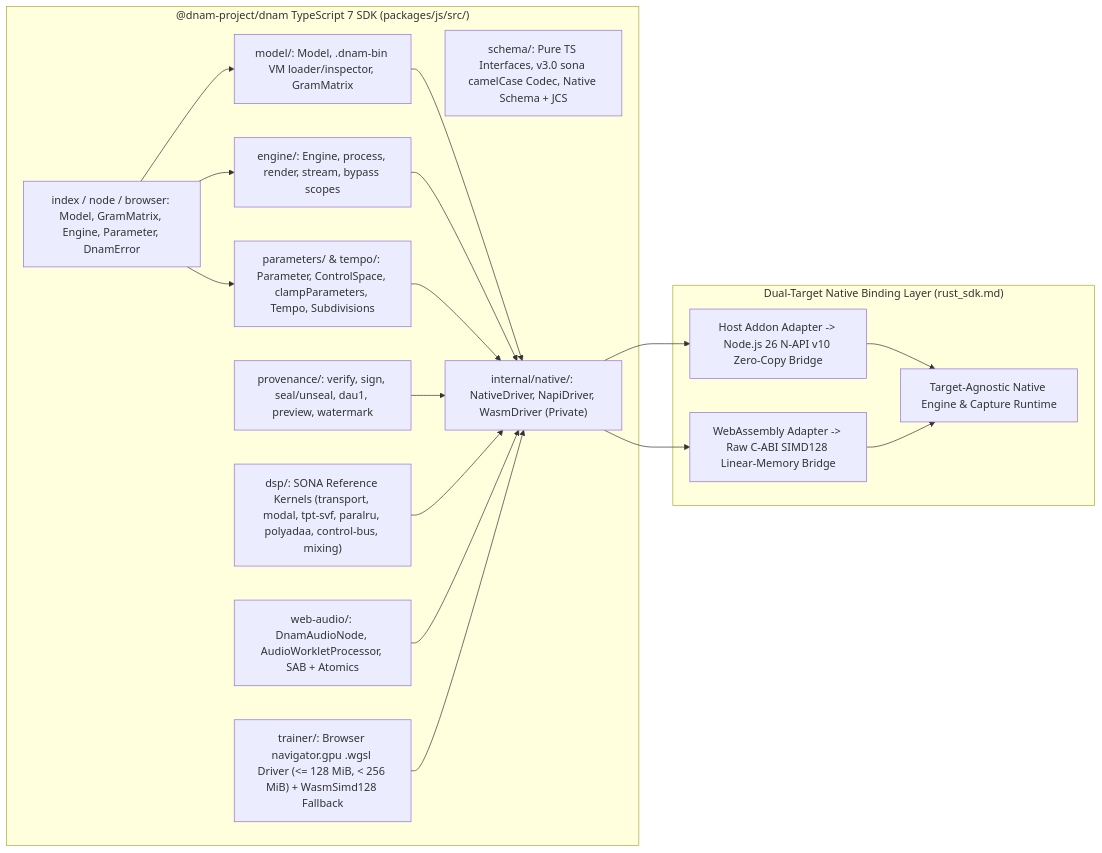
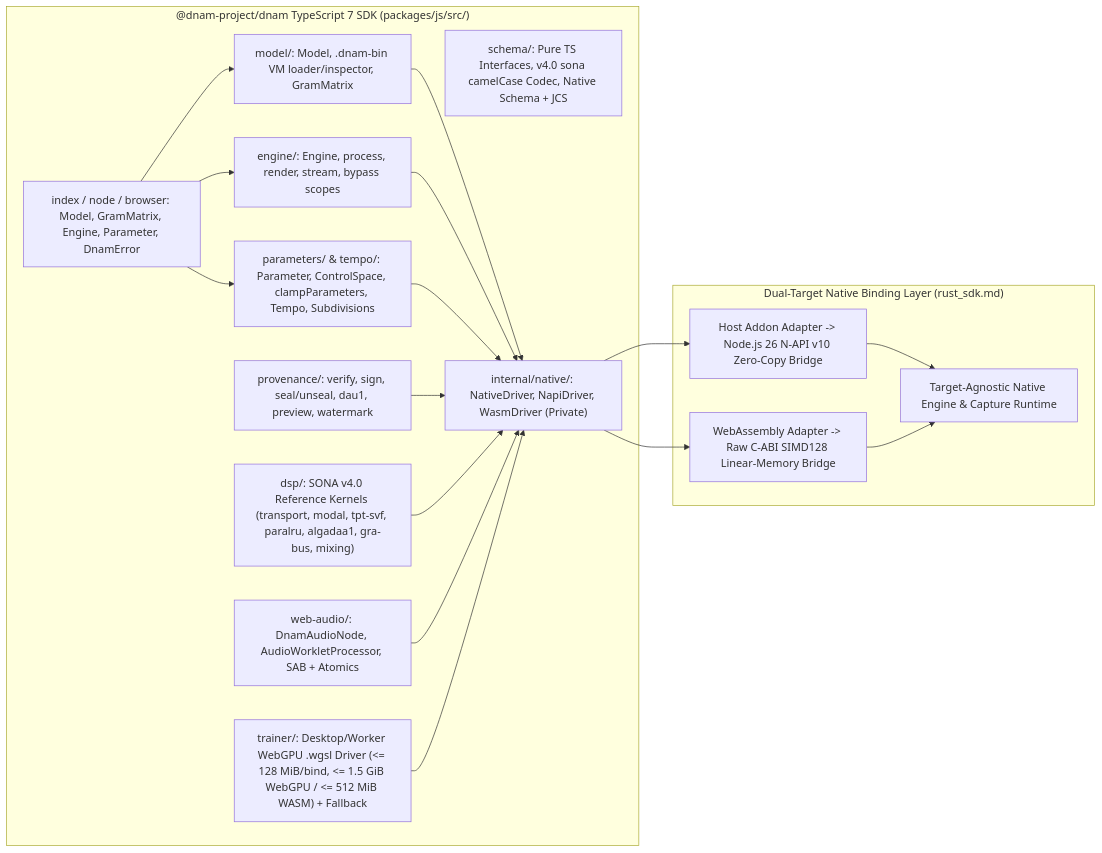
The diagram in docs/specs/sdks/typescript_sdk.md (mokugen/dnam), drawn with Mermaid before and after one commit. The commit also changed other lines of this file and 16 other files, not shown here.

````diff
--- a/docs/specs/sdks/typescript_sdk.md
+++ b/docs/specs/sdks/typescript_sdk.md
@@ -49,26 +52,26 @@
 ```mermaid
 flowchart LR
     subgraph TsSDK ["@dnam-project/dnam TypeScript 7 SDK (packages/js/src/)"]
         Top["index / node / browser: Model, GramMatrix, Engine, Parameter, DnamError"]
         Mod["model/: Model, .dnam-bin VM loader/inspector, GramMatrix"]
         Eng["engine/: Engine, process, render, stream, bypass scopes"]
         Par["parameters/ & tempo/: Parameter, ControlSpace, clampParameters, Tempo, Subdivisions"]
-        Sch["schema/: Pure TS Interfaces, v3.0 sona camelCase Codec, Native Schema + JCS"]
+        Sch["schema/: Pure TS Interfaces, v4.0 sona camelCase Codec, Native Schema + JCS"]
         Prov["provenance/: verify, sign, seal/unseal, dau1, preview, watermark"]
-        Dsp["dsp/: SONA Reference Kernels (transport, modal, tpt-svf, paralru, polyadaa, control-bus, mixing)"]
+        Dsp["dsp/: SONA v4.0 Reference Kernels (transport, modal, tpt-svf, paralru, algadaa1, gra-bus, mixing)"]
         Web["web-audio/: DnamAudioNode, AudioWorkletProcessor, SAB + Atomics"]
-        Gpu["trainer/: Browser navigator.gpu .wgsl Driver (<= 128 MiB, < 256 MiB) + WasmSimd128 Fallback"]
+        Gpu["trainer/: Desktop/Worker WebGPU .wgsl Driver (<= 128 MiB/bind, <= 1.5 GiB WebGPU / <= 512 MiB WASM) + Fallback"]
         Int["internal/native/: NativeDriver, NapiDriver, WasmDriver (Private)"]
     end
 
     subgraph NativeRuntime ["Dual-Target Native Binding Layer (rust_sdk.md)"]
         RNapi["Host Addon Adapter -> Node.js 26 N-API v10 Zero-Copy Bridge"]
         RWasm["WebAssembly Adapter -> Raw C-ABI SIMD128 Linear-Memory Bridge"]
         RCore["Target-Agnostic Native Engine & Capture Runtime"]
     end
 
     Top --> Mod & Eng & Par
     Mod & Eng & Par & Prov & Dsp & Web & Gpu --> Int
     Int --> RNapi & RWasm
     RNapi & RWasm --> RCore
 ```
````
